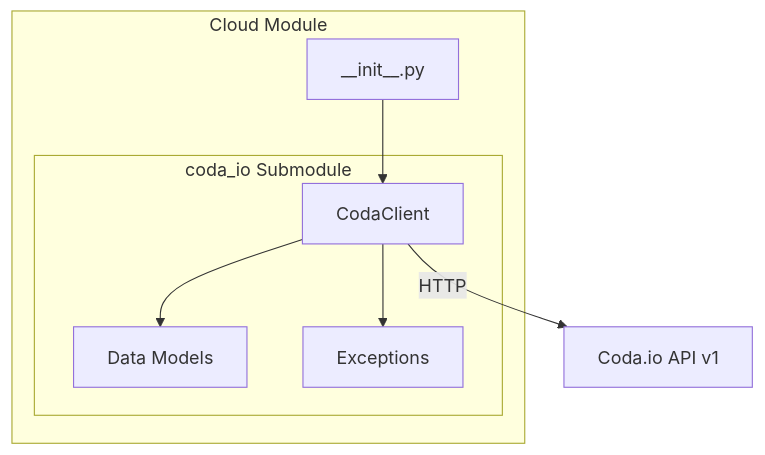
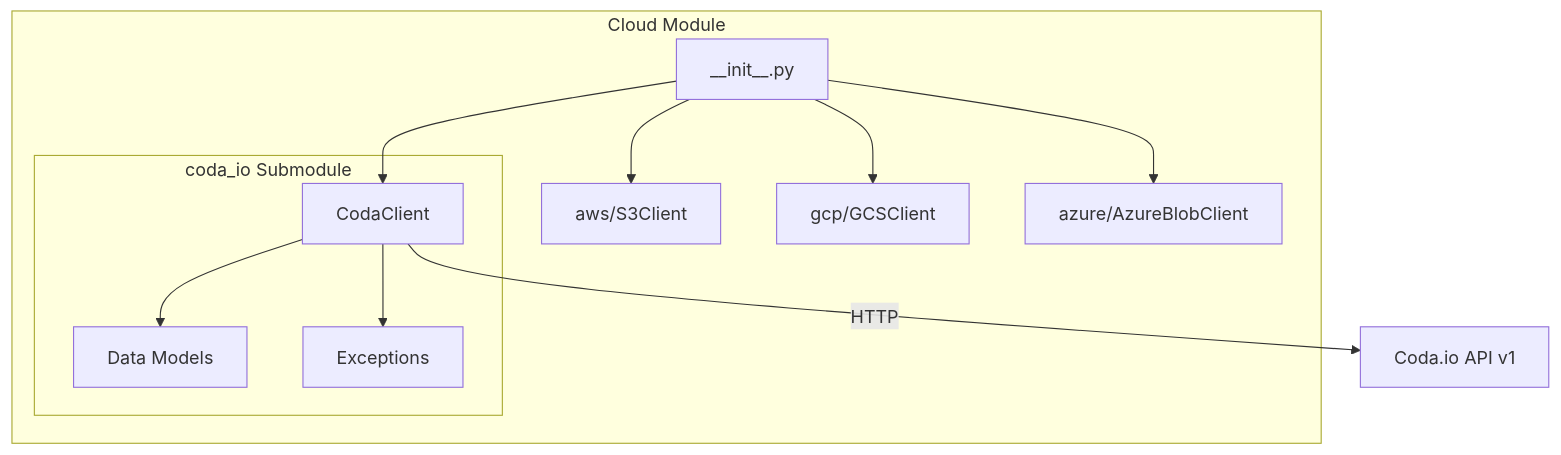
Before and after one commit to docxology/codomyrmex: the diagram in src/codomyrmex/cloud/SPEC.md, drawn with Mermaid. The commit also changed other lines of this file and 161 other files, not shown here.

````diff
--- a/src/codomyrmex/cloud/SPEC.md
+++ b/src/codomyrmex/cloud/SPEC.md
@@ -28,17 +31,23 @@
 ```mermaid
 graph TD
     subgraph "Cloud Module"
         Init[__init__.py]
+        AWS[aws/S3Client]
+        GCP[gcp/GCSClient]
+        Azure[azure/AzureBlobClient]
         
         subgraph "coda_io Submodule"
             CodaClient[CodaClient]
             Models[Data Models]
             Exceptions[Exceptions]
         end
     end
     
+    Init --> AWS
+    Init --> GCP
+    Init --> Azure
     Init --> CodaClient
     CodaClient --> Models
     CodaClient --> Exceptions
     CodaClient -->|HTTP| CodaAPI[Coda.io API v1]
 ```
````
